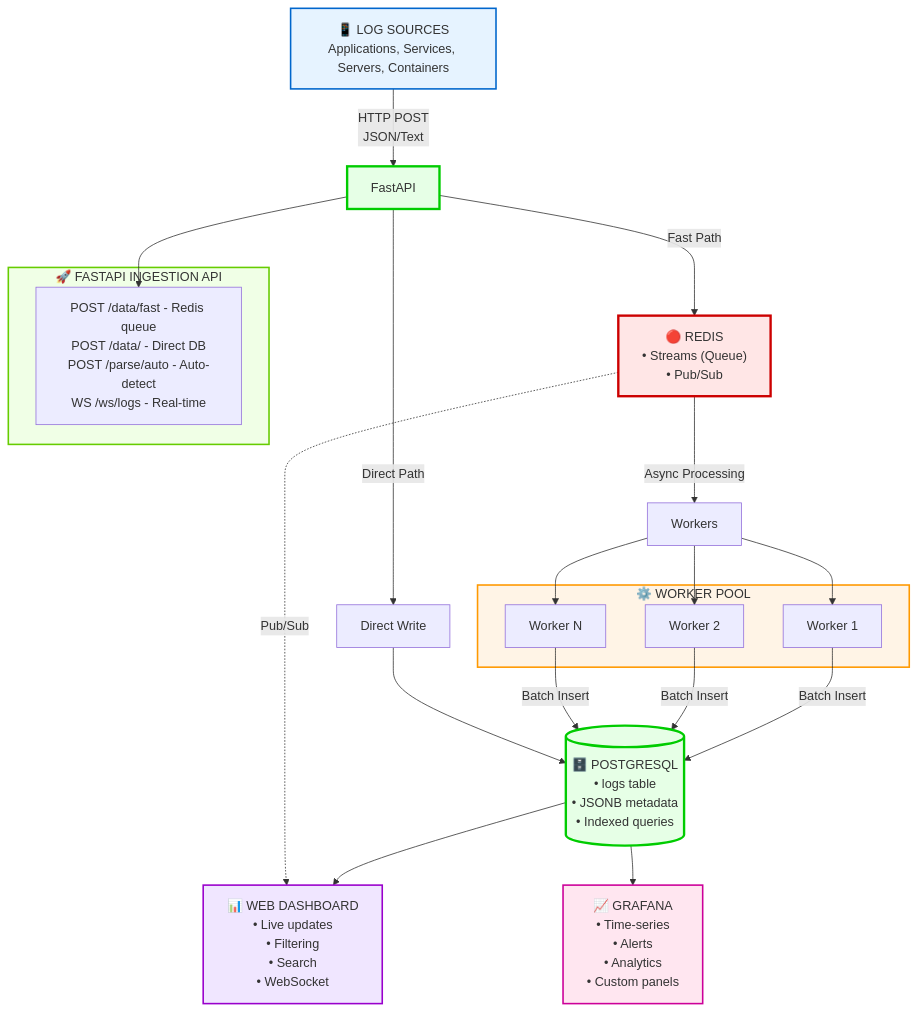
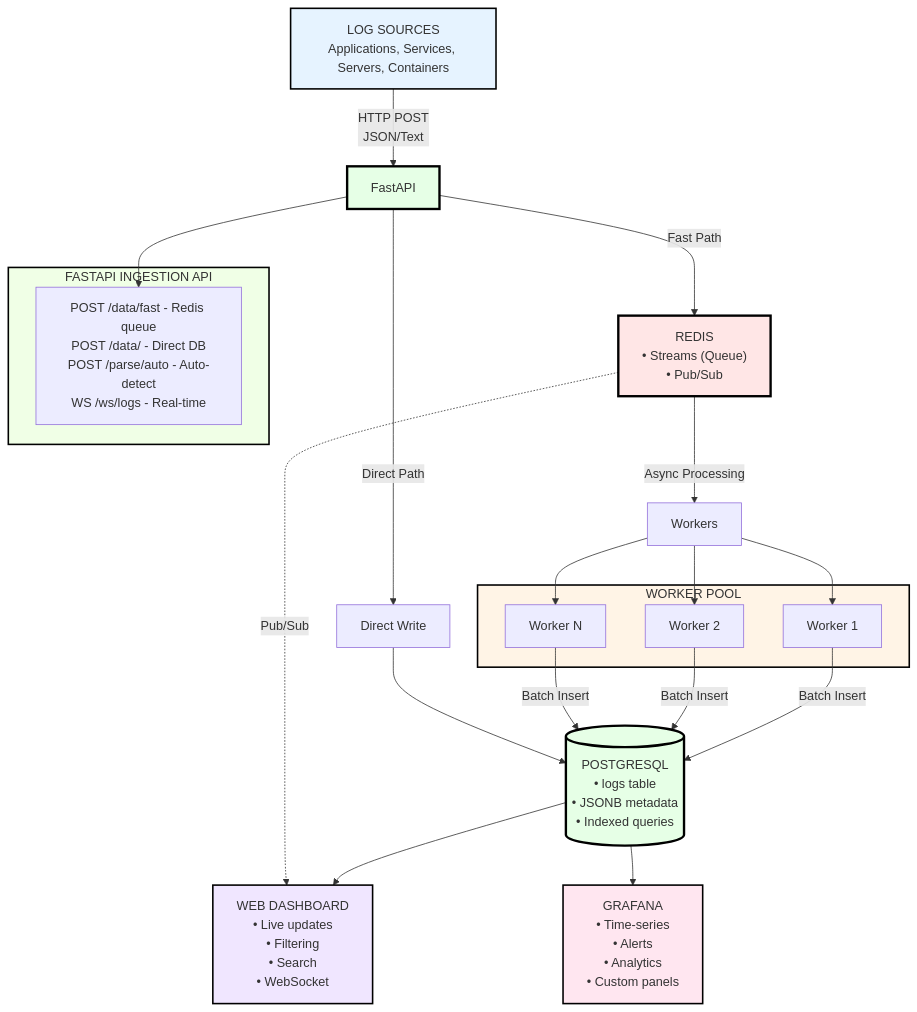
Before and after one commit to Romanabramovich/logs-and-found: the diagram in README.md, drawn with Mermaid.

Commit message:
system diagram text colour

````diff
--- a/README.md
+++ b/README.md
@@ -150,55 +150,55 @@
 ```mermaid
 graph TB
-    Sources["📱 LOG SOURCES<br/>Applications, Services, Servers, Containers"]
+    Sources["LOG SOURCES<br/>Applications, Services, Servers, Containers"]
 
     Sources -->|HTTP POST<br/>JSON/Text| API
 
-    subgraph FastAPI["🚀 FASTAPI INGESTION API"]
+    subgraph FastAPI["FASTAPI INGESTION API"]
         Endpoints["POST /data/fast - Redis queue<br/>POST /data/ - Direct DB<br/>POST /parse/auto - Auto-detect<br/>WS /ws/logs - Real-time"]
     end
 
     API[FastAPI] --> Endpoints
 
     API -->|Fast Path| Redis
     API -->|Direct Path| PostgresDB
 
-    Redis["🔴 REDIS<br/>• Streams (Queue)<br/>• Pub/Sub"]
+    Redis["REDIS<br/>• Streams (Queue)<br/>• Pub/Sub"]
 
     Redis -->|Async Processing| Workers
 
-    subgraph WorkerPool["⚙️ WORKER POOL"]
+    subgraph WorkerPool["WORKER POOL"]
         W1[Worker 1]
         W2[Worker 2]
         W3[Worker N]
     end
 
     Workers[Workers] --> W1
     Workers --> W2
     Workers --> W3
 
     W1 -->|Batch Insert| DB
     W2 -->|Batch Insert| DB
     W3 -->|Batch Insert| DB
 
     PostgresDB[Direct Write] --> DB
 
-    DB[("🗄️ POSTGRESQL<br/>• logs table<br/>• JSONB metadata<br/>• Indexed queries")]
+    DB[("POSTGRESQL<br/>• logs table<br/>• JSONB metadata<br/>• Indexed queries")]
 
     DB --> Dashboard
     DB --> Grafana
 
     Redis -.->|Pub/Sub| Dashboard
 
-    Dashboard["📊 WEB DASHBOARD<br/>• Live updates<br/>• Filtering<br/>• Search<br/>• WebSocket"]
+    Dashboard["WEB DASHBOARD<br/>• Live updates<br/>• Filtering<br/>• Search<br/>• WebSocket"]
 
-    Grafana["📈 GRAFANA<br/>• Time-series<br/>• Alerts<br/>• Analytics<br/>• Custom panels"]
+    Grafana["GRAFANA<br/>• Time-series<br/>• Alerts<br/>• Analytics<br/>• Custom panels"]
 
-    style Sources fill:#e6f3ff,stroke:#0066cc,stroke-width:2px
-    style API fill:#e6ffe6,stroke:#00cc00,stroke-width:3px
-    style FastAPI fill:#f0ffe6,stroke:#66cc00,stroke-width:2px
-    style Redis fill:#ffe6e6,stroke:#cc0000,stroke-width:3px
-    style WorkerPool fill:#fff4e6,stroke:#ff9900,stroke-width:2px
-    style DB fill:#e6ffe6,stroke:#00cc00,stroke-width:3px
-    style Dashboard fill:#f0e6ff,stroke:#9900cc,stroke-width:2px
-    style Grafana fill:#ffe6f0,stroke:#cc0099,stroke-width:2px
+    style Sources fill:#e6f3ff,stroke:#000000,stroke-width:2px
+    style API fill:#e6ffe6,stroke:#000000,stroke-width:3px
+    style FastAPI fill:#f0ffe6,stroke:#000000,stroke-width:2px
+    style Redis fill:#ffe6e6,stroke:#000000,stroke-width:3px
+    style WorkerPool fill:#fff4e6,stroke:#000000,stroke-width:2px
+    style DB fill:#e6ffe6,stroke:#000000,stroke-width:3px
+    style Dashboard fill:#f0e6ff,stroke:#000000,stroke-width:2px
+    style Grafana fill:#ffe6f0,stroke:#000000,stroke-width:2px
 ```
````
